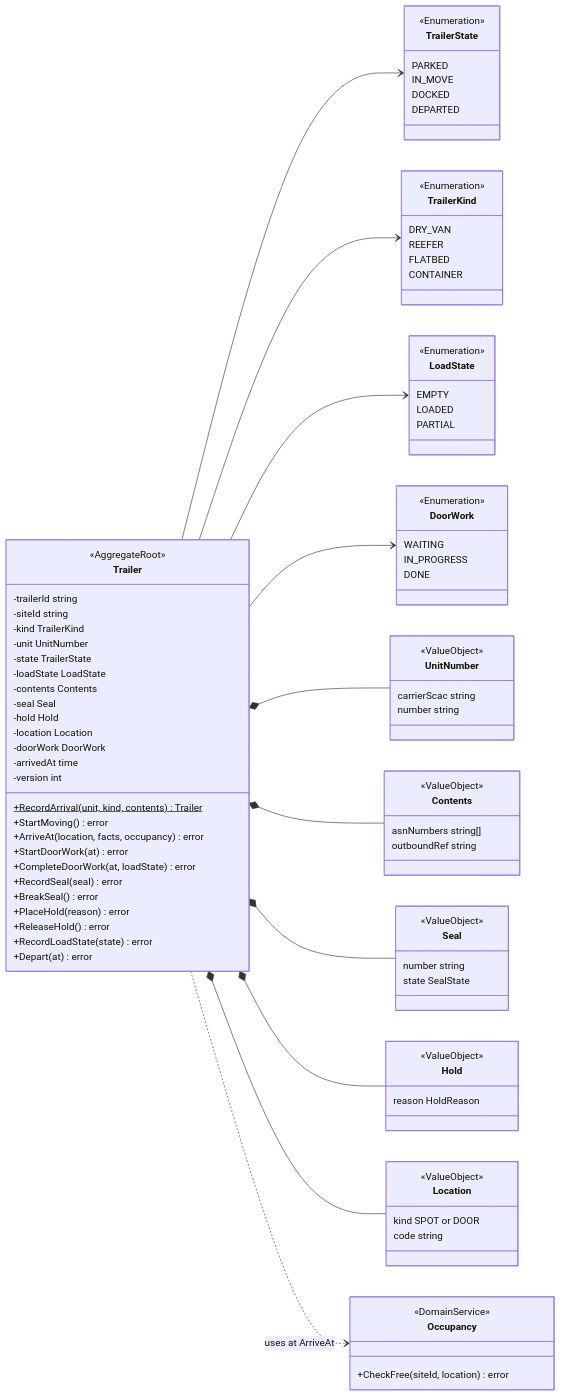
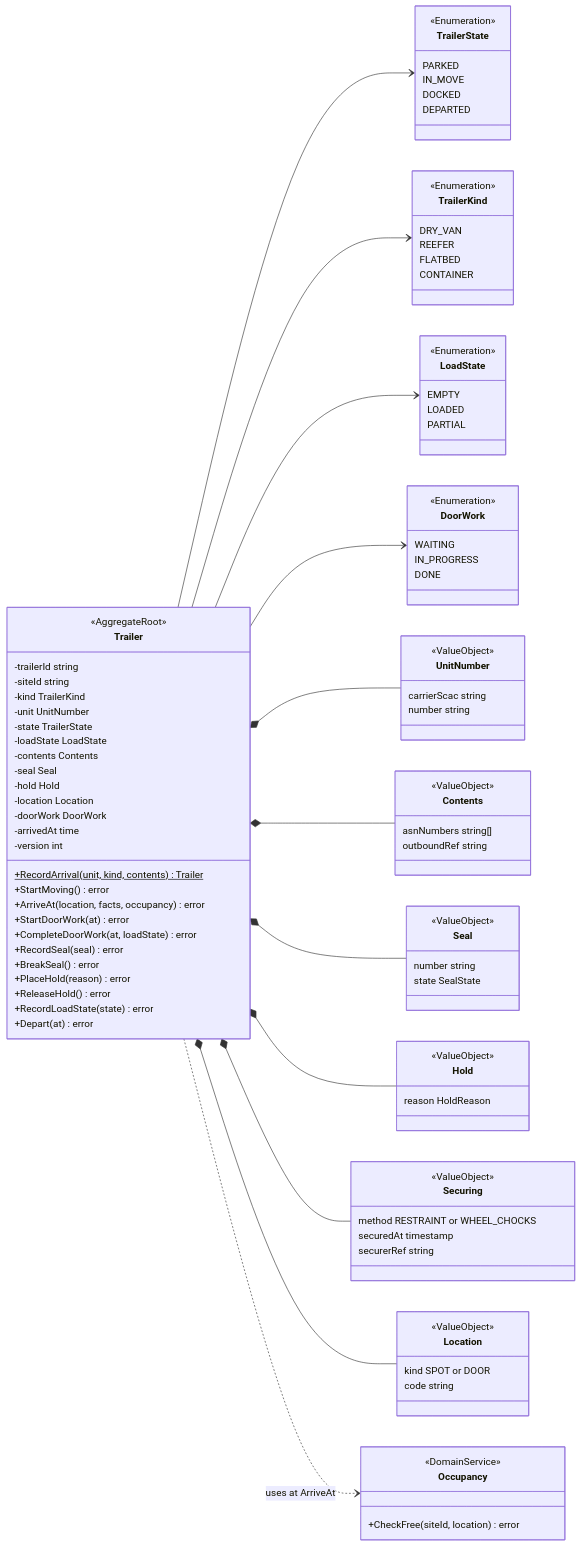
Before and after one commit to IQVO/yard-management: the first of 8 diagrams in docs/docs/ddd/class-diagram.md, drawn with Mermaid. The commit also changed other lines of this file and 123 other files, not shown here.

````diff
--- a/docs/docs/ddd/class-diagram.md
+++ b/docs/docs/ddd/class-diagram.md
@@ -93,6 +93,12 @@
         <<ValueObject>>
         reason HoldReason
     }
+    class Securing {
+        <<ValueObject>>
+        method RESTRAINT or WHEEL_CHOCKS
+        securedAt timestamp
+        securerRef string
+    }
     class Location {
         <<ValueObject>>
         kind SPOT or DOOR
@@ -110,6 +116,7 @@
     Trailer *-- Contents
     Trailer *-- Seal
     Trailer *-- Hold
+    Trailer *-- Securing
     Trailer *-- Location
     Trailer ..> Occupancy : uses at ArriveAt
 ```
````
